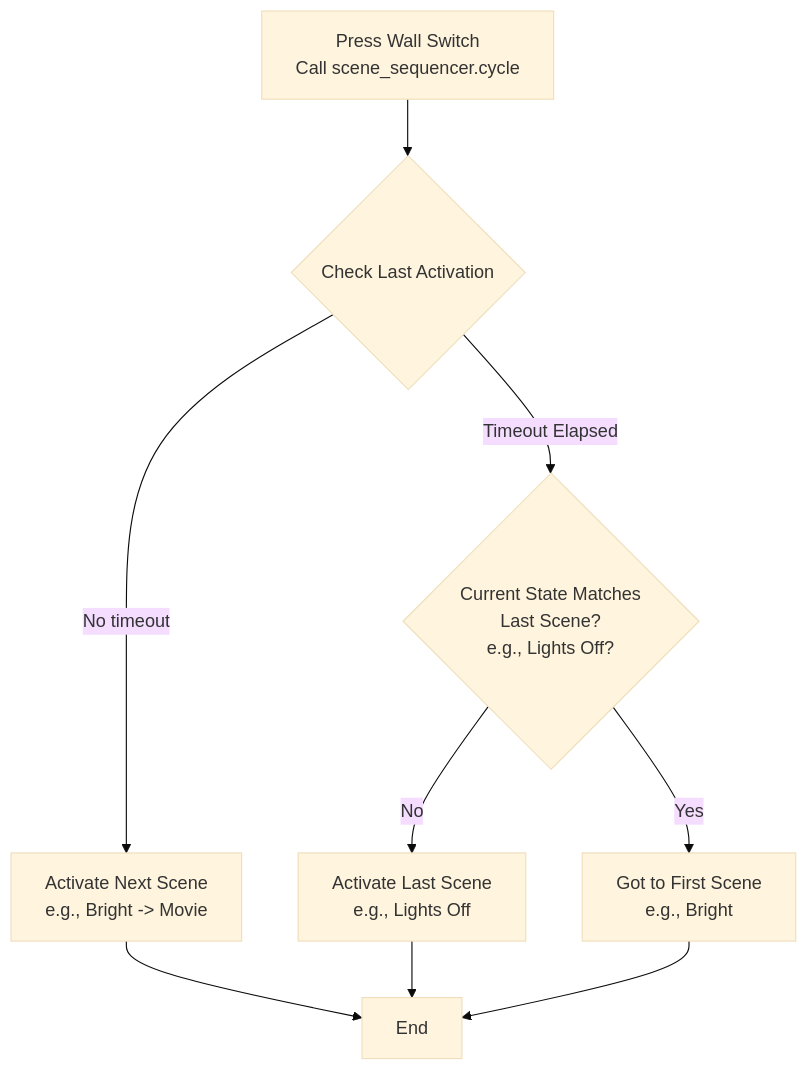
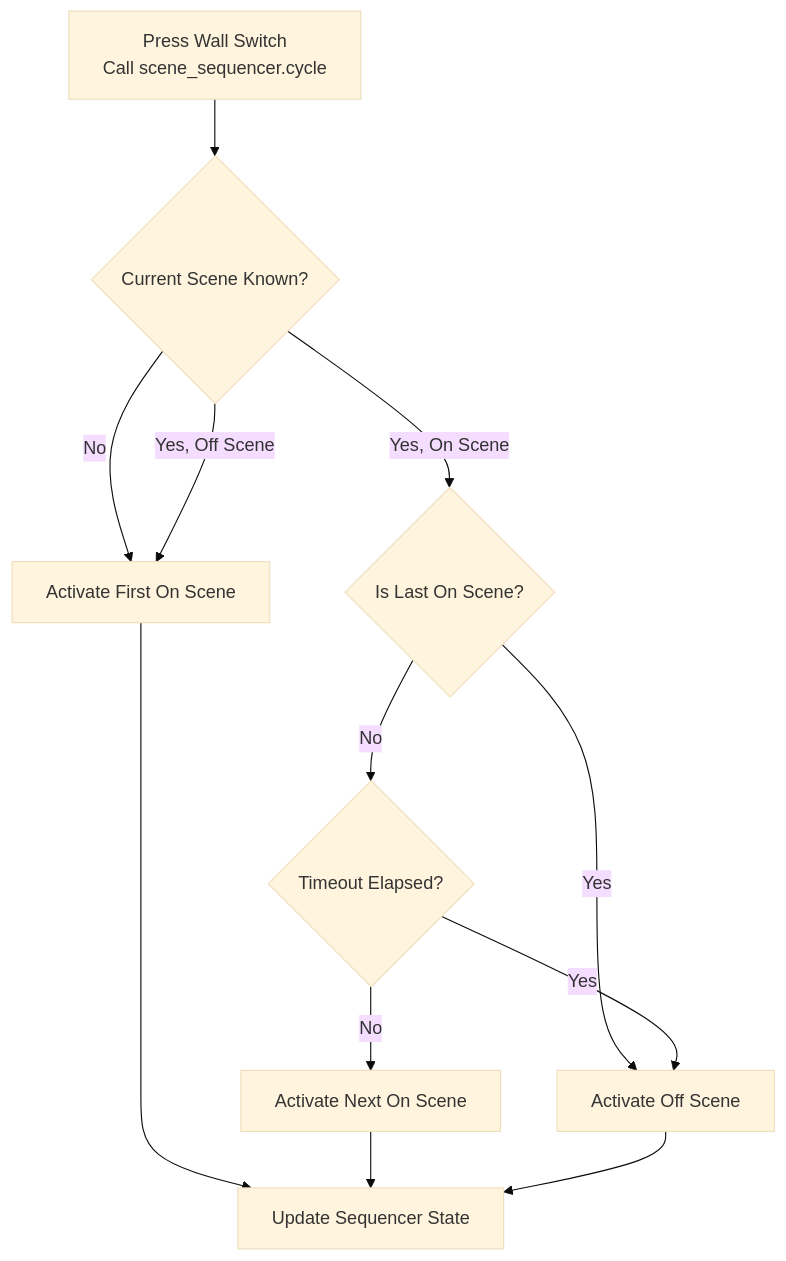
Before and after one commit to 0x3333/scene_sequencer: the diagram in README.md, drawn with Mermaid (base theme). The commit also changed other lines of this file and 16 other files, not shown here.

First line of the commit message:
Scene Sequencer rewrite v2.0.0 (#5)

````diff
--- a/README.md
+++ b/README.md
@@ -102,11 +182,14 @@
 ```mermaid
 graph TD
-    A[Press Wall Switch<br>Call scene_sequencer.cycle] --> B{Check Last Activation}
-    B -->|No timeout| C[Activate Next Scene<br>e.g., Bright -> Movie]
-    B -->|Timeout Elapsed| D{Current State Matches<br>Last Scene?<br>e.g., Lights Off?}
-    D -->|No| E[Activate Last Scene<br>e.g., Lights Off]
-    D -->|Yes| F[Got to First Scene<br>e.g., Bright]
-    C --> H[End]
-    E --> H
+    A[Press Wall Switch<br>Call scene_sequencer.cycle] --> B{Current Scene Known?}
+    B -->|No| C[Activate First On Scene]
+    B -->|Yes, On Scene| D{Is Last On Scene?}
+    B -->|Yes, Off Scene| C
+    D -->|Yes| F[Activate Off Scene]
+    D -->|No| E{Timeout Elapsed?}
+    E -->|No| G[Activate Next On Scene]
+    E -->|Yes| F
+    C --> H[Update Sequencer State]
+    G --> H
     F --> H
 ```
````
